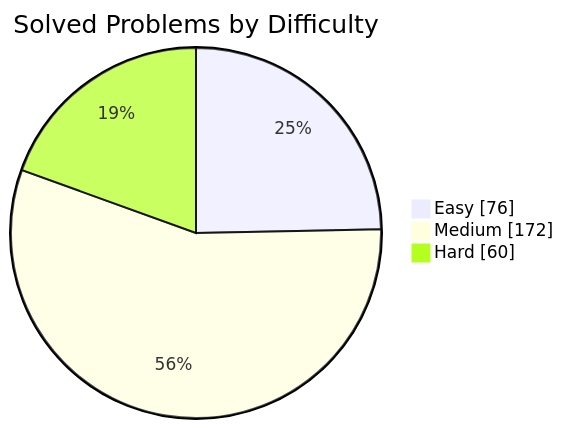
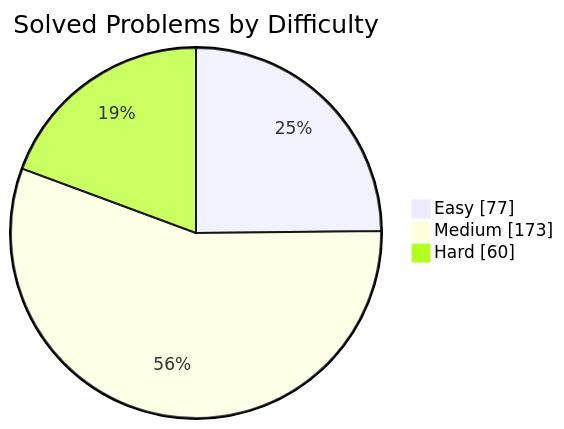
Before and after one commit to manikantbindass/DSA-Preparation-FAANG: the first of 2 diagrams in README.md, drawn with Mermaid. The commit also changed other lines of this file and 1 other file, not shown here.

````diff
--- a/README.md
+++ b/README.md
@@ -77,7 +77,7 @@
 ```mermaid
 pie showData
     title Solved Problems by Difficulty
-    "Easy" : 76
-    "Medium" : 172
+    "Easy" : 77
+    "Medium" : 173
     "Hard" : 60
 ```
````
